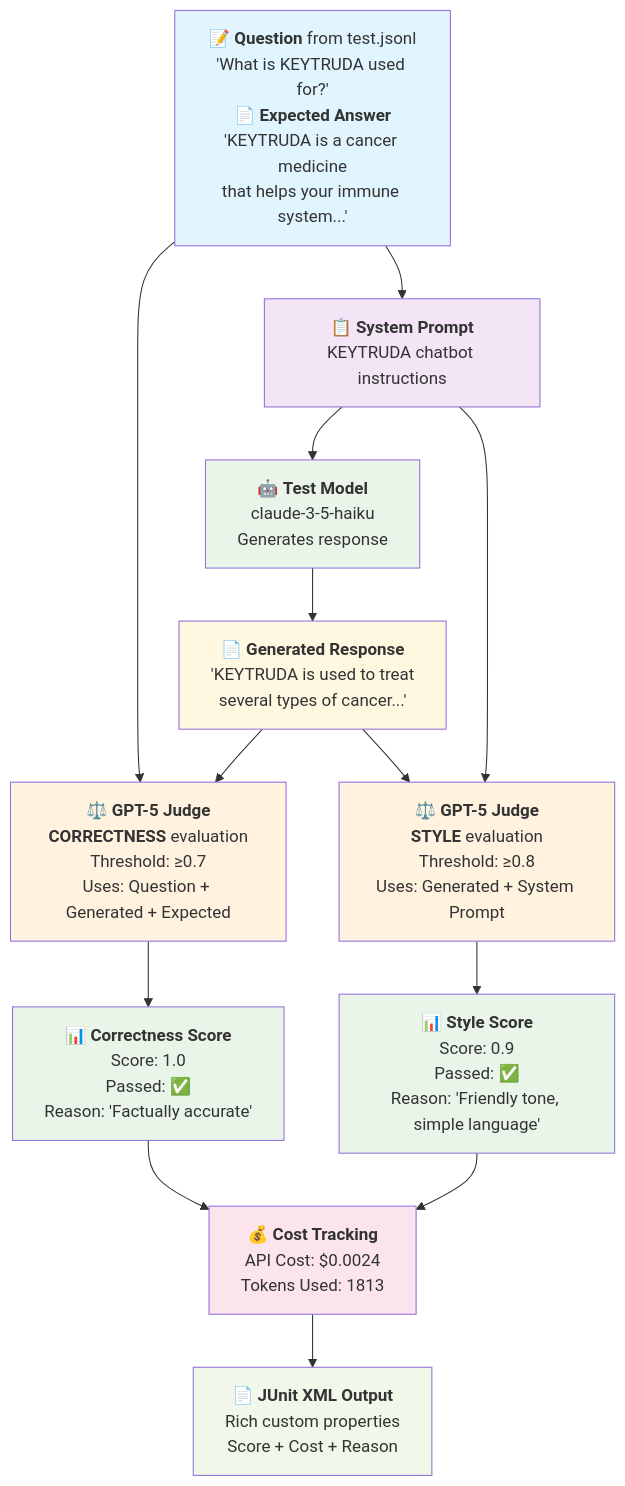
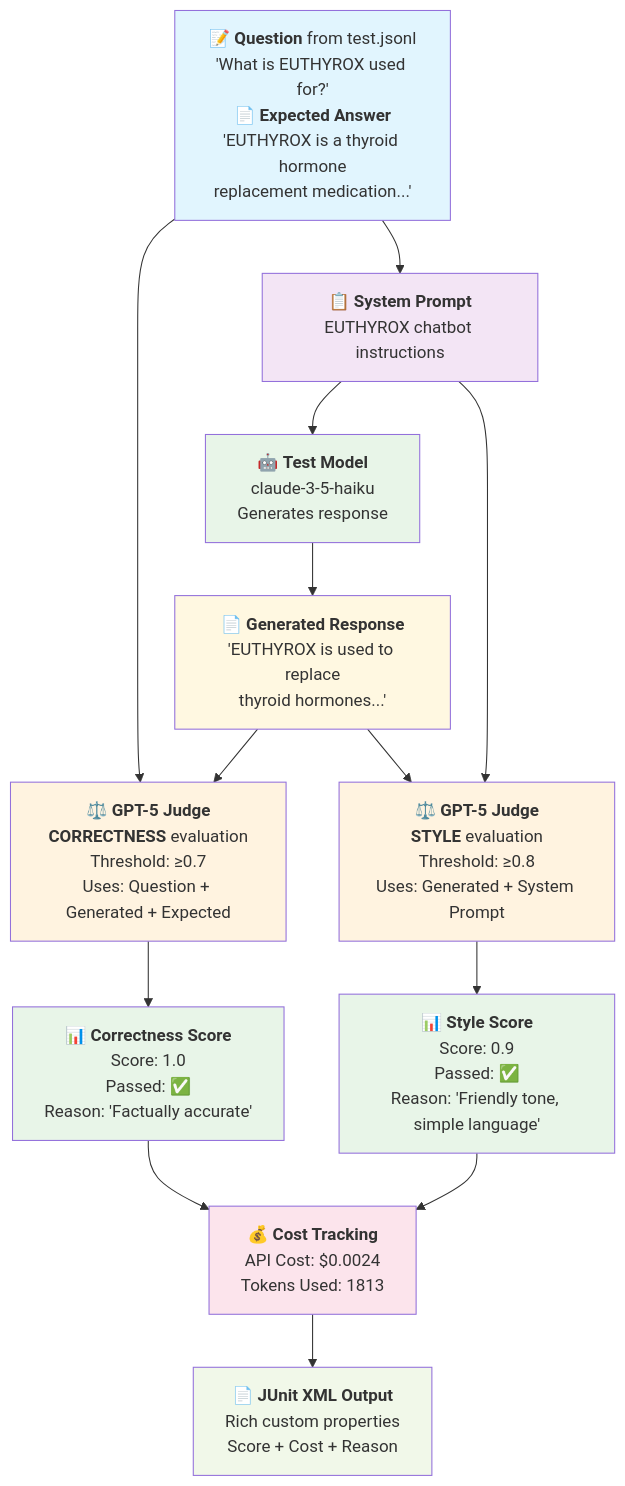
One commit to ProtopiaTech/llm-as-a-judge changed the diagram in README.md. Above: the diagram before and after it, drawn with Mermaid. The commit also changed other lines of this file and 3 other files, not shown here.

````diff
--- a/README.md
+++ b/README.md
@@ -19,34 +19,34 @@
 ```mermaid
 graph TD
-    A[📝 <b>Question</b> from test.jsonl<br/>'What is KEYTRUDA used for?'<br/>📄 <b>Expected Answer</b><br/>'KEYTRUDA is a cancer medicine<br/>that helps your immune system...'] --> B[📋 <b>System Prompt</b><br/>KEYTRUDA chatbot instructions]
+    A[📝 <b>Question</b> from test.jsonl<br/>'What is EUTHYROX used for?'<br/>📄 <b>Expected Answer</b><br/>'EUTHYROX is a thyroid hormone<br/>replacement medication...'] --> B[📋 <b>System Prompt</b><br/>EUTHYROX chatbot instructions]
 
     B --> C[🤖 <b>Test Model</b><br/>claude-3-5-haiku<br/>Generates response]
 
-    C --> D[📄 <b>Generated Response</b><br/>'KEYTRUDA is used to treat<br/>several types of cancer...']
+    C --> D[📄 <b>Generated Response</b><br/>'EUTHYROX is used to replace<br/>thyroid hormones...']
 
     A --> E[⚖️ <b>GPT-5 Judge</b><br/><b>CORRECTNESS</b> evaluation<br/>Threshold: ≥0.7<br/>Uses: Question + Generated + Expected]
     D --> E
 
     E --> H[📊 <b>Correctness Score</b><br/>Score: 1.0<br/>Passed: ✅<br/>Reason: 'Factually accurate']
 
     D --> F[⚖️ <b>GPT-5 Judge</b><br/><b>STYLE</b> evaluation<br/>Threshold: ≥0.8<br/>Uses: Generated + System Prompt]
     B --> F
 
     F --> I[📊 <b>Style Score</b><br/>Score: 0.9<br/>Passed: ✅<br/>Reason: 'Friendly tone, simple language']
 
     H --> J[💰 <b>Cost Tracking</b><br/>API Cost: $0.0024<br/>Tokens Used: 1813]
     I --> J
 
     J --> K[📄 <b>JUnit XML Output</b><br/>Rich custom properties<br/>Score + Cost + Reason]
 
     style A fill:#e1f5fe
     style B fill:#f3e5f5
     style C fill:#e8f5e8
     style D fill:#fff8e1
     style E fill:#fff3e0
     style F fill:#fff3e0
     style H fill:#e8f5e8
     style I fill:#e8f5e8
     style J fill:#fce4ec
     style K fill:#f1f8e9
 ```
````
